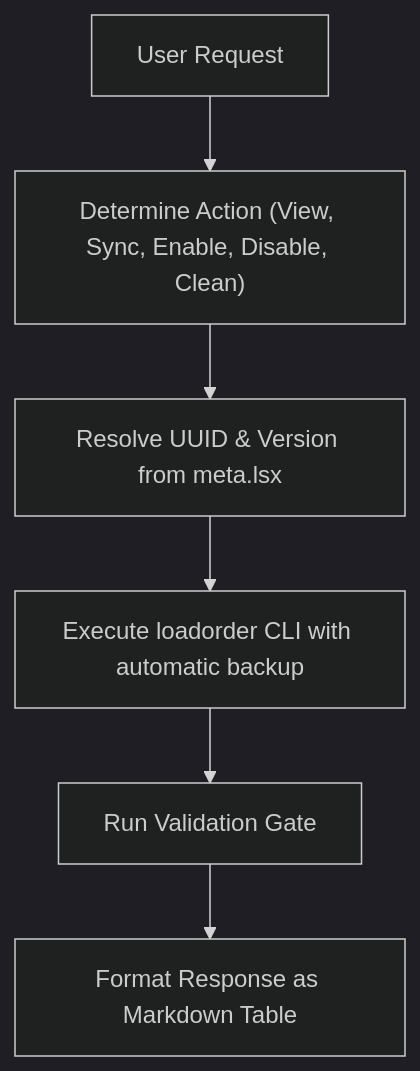
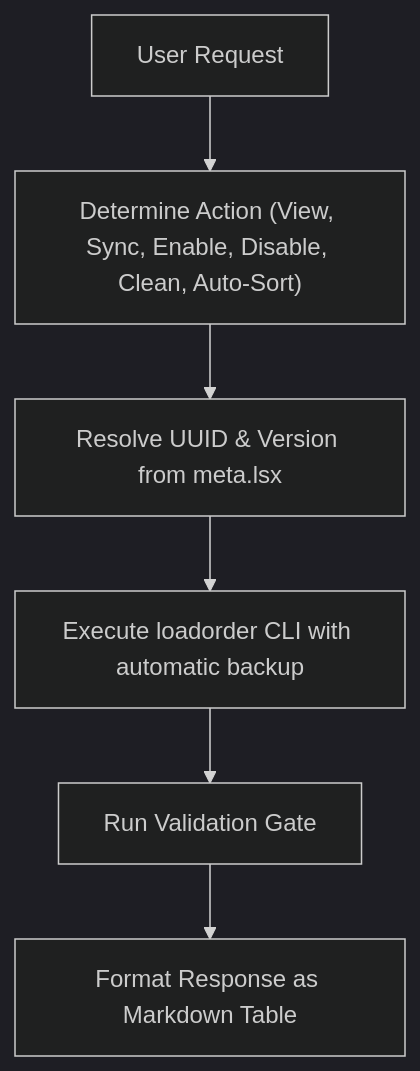
The diagram in packages/bg3-core/bg3_core/skills/bg3-manage-load-order/SKILL.md (jpelton-stroud/bg3-mod-studio), drawn with Mermaid (dark theme) before and after one commit. The commit also changed other lines of this file and 25 other files, not shown here.

Commit message:
feat(core): decouple save inspector, add topological auto-sort, consolidate modio client, and modernize skills

````diff
--- a/packages/bg3-core/bg3_core/skills/bg3-manage-load-order/SKILL.md
+++ b/packages/bg3-core/bg3_core/skills/bg3-manage-load-order/SKILL.md
@@ -17,8 +17,8 @@
 ```mermaid
 flowchart TD
-    Trigger["User Request"] --> Parse["Determine Action (View, Sync, Enable, Disable, Clean)"]
+    Trigger["User Request"] --> Parse["Determine Action (View, Sync, Enable, Disable, Clean, Auto-Sort)"]
     Parse --> ResolveMod["Resolve UUID & Version from meta.lsx"]
     ResolveMod --> Execute["Execute loadorder CLI with automatic backup"]
     Execute --> Verify["Run Validation Gate"]
     Verify --> Format["Format Response as Markdown Table"]
 ```
````
